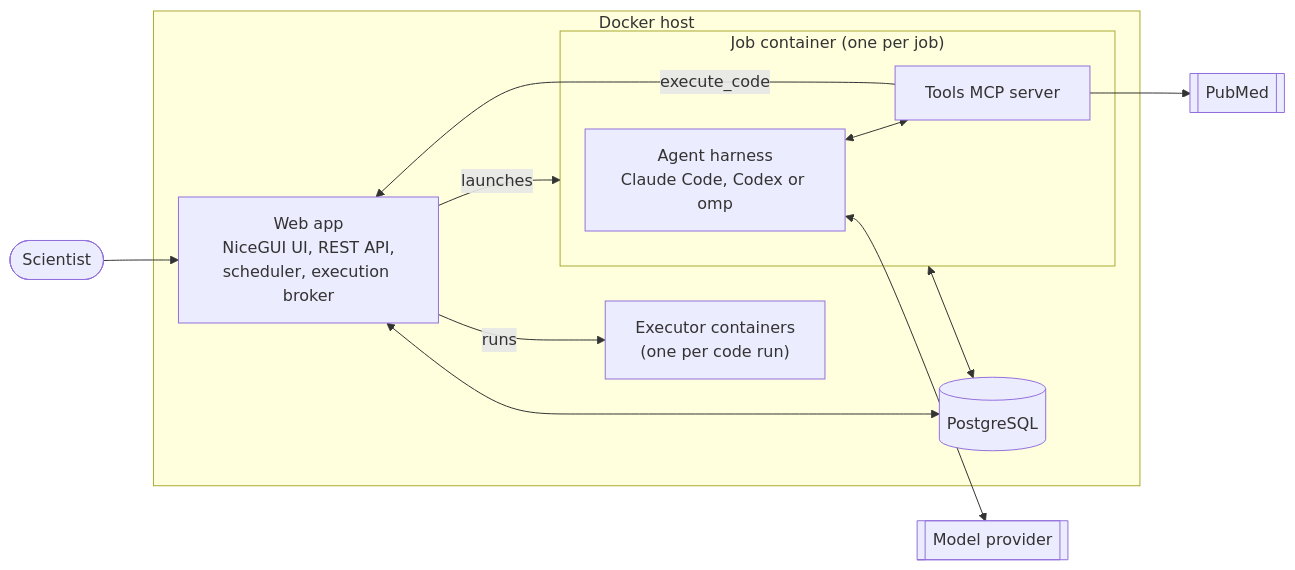
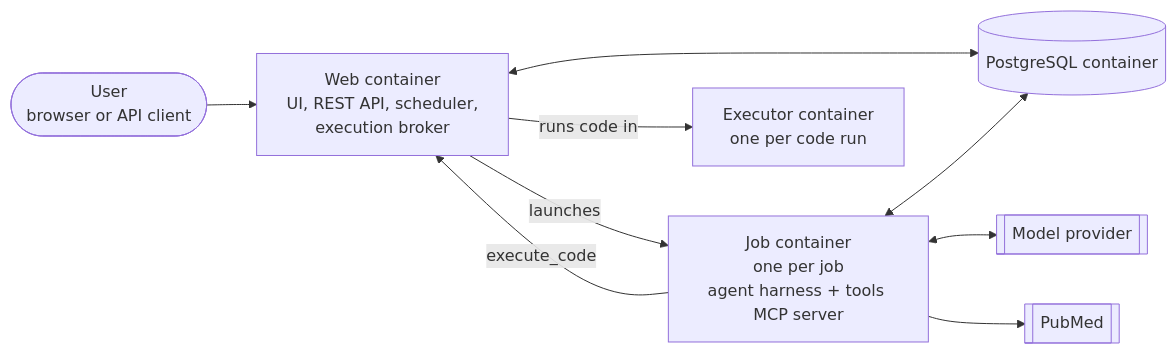
One commit to openscientist-io/openscientist-docs changed the first of 2 diagrams in docs/architecture.md. Above: the diagram before and after it, drawn with Mermaid. The commit also changed other lines of this file and 1 other file, not shown here.

Commit message:
Draw each container separately, say User, drop NiceGUI from the docs

````diff
--- a/docs/architecture.md
+++ b/docs/architecture.md
@@ -23,26 +23,20 @@
 ```mermaid
 flowchart LR
-    user([Scientist]) --> web
+    user(["User<br/>browser or API client"]) --> web
 
-    subgraph host[Docker host]
-        web["Web app<br/>NiceGUI UI, REST API,<br/>scheduler, execution broker"]
-        db[(PostgreSQL)]
-        subgraph job["Job container (one per job)"]
-            agent["Agent harness<br/>Claude Code, Codex or omp"]
-            tools["Tools MCP server"]
-            agent <--> tools
-        end
-        exec["Executor containers<br/>(one per code run)"]
-    end
+    web["Web container<br/>UI, REST API, scheduler,<br/>execution broker"]
+    db[("PostgreSQL container")]
+    job["Job container<br/>one per job<br/>agent harness + tools MCP server"]
+    exec["Executor container<br/>one per code run"]
 
     llm[["Model provider"]]
     pubmed[["PubMed"]]
 
     web <--> db
     web -- launches --> job
     job <--> db
-    tools -- execute_code --> web
-    web -- runs --> exec
-    agent <--> llm
-    tools --> pubmed
+    job -- execute_code --> web
+    web -- runs code in --> exec
+    job <--> llm
+    job --> pubmed
 ```
````
